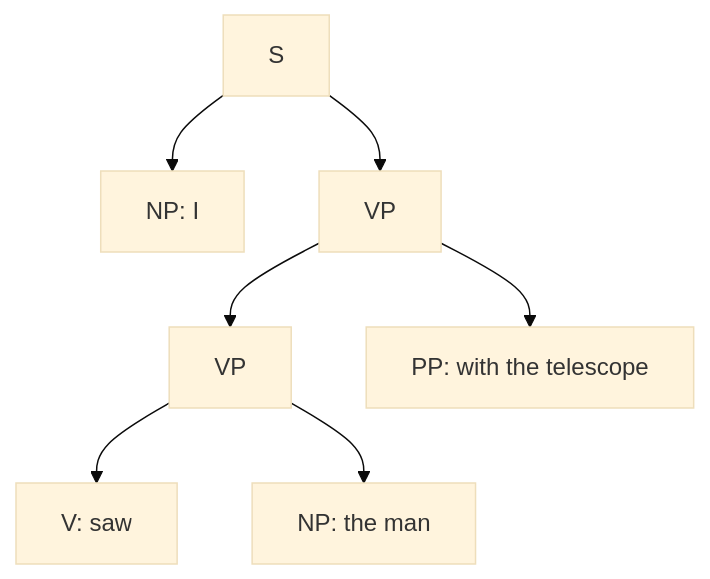
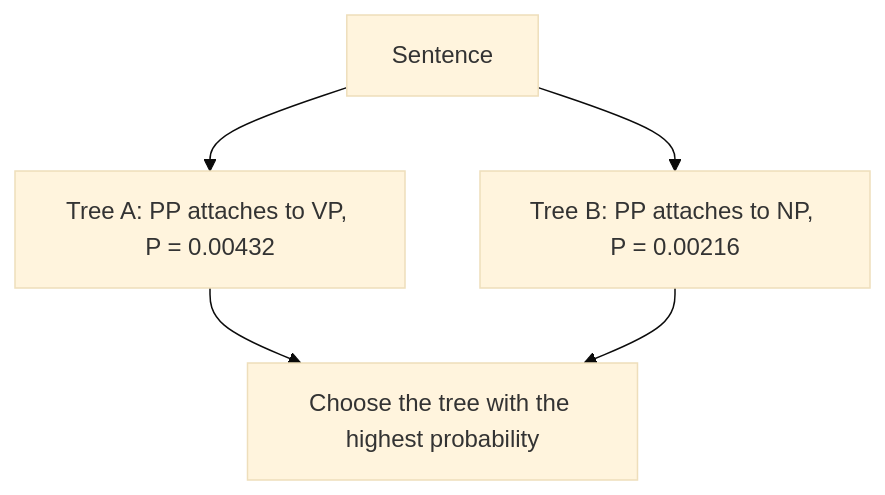
One commit to TrendySloth1001/sem-seven-notes changed the diagram in content/natural-language-processing/pyq/2023-12-ce/q5b.mdx. Above: the diagram before and after it, drawn with Mermaid (base theme). The commit also changed other lines of this file and 406 other files, not shown here.

````diff
--- a/content/natural-language-processing/pyq/2023-12-ce/q5b.mdx
+++ b/content/natural-language-processing/pyq/2023-12-ce/q5b.mdx
@@ -49,10 +51,8 @@
 ```mermaid
-%% caption: Tree A attaches "with the telescope" to the verb phrase (seeing with a telescope), probability 0.00432.
+%% caption: The two parses of "I saw the man with the telescope". A PCFG gives each a probability.
 flowchart TD
-  S["S"] --> NP1["NP: I"]
-  S --> VP1["VP"]
-  VP1 --> VP2["VP"]
-  VP1 --> PP["PP: with the telescope"]
-  VP2 --> V["V: saw"]
-  VP2 --> NP2["NP: the man"]
+  S["Sentence"] --> A["Tree A: PP attaches to VP, P = 0.00432"]
+  S --> B["Tree B: PP attaches to NP, P = 0.00216"]
+  A --> C["Choose the tree with the highest probability"]
+  B --> C
 ```
````
